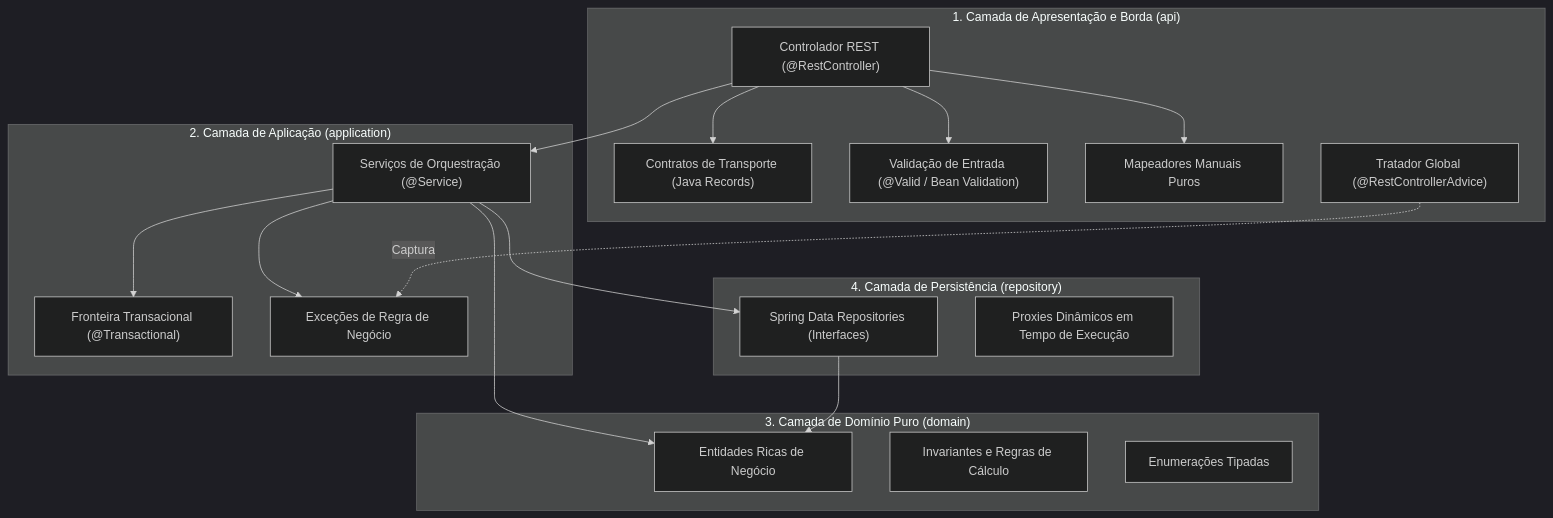
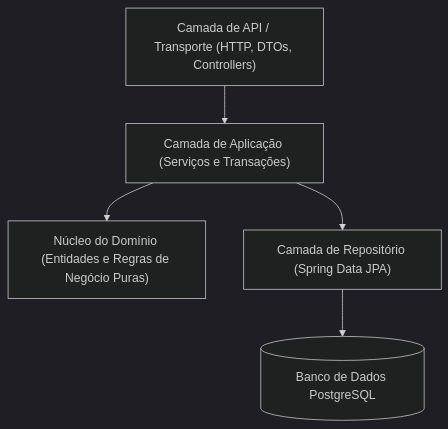
Diagram 14 of 31 in 4º Semestre/[Prof. Jefferson Passerini] Laboratório de Programação IV/Resumos-IA/Caderno-Consolidado.md (murilolol/unifef), drawn with Mermaid (dark theme) before and after one commit. The commit also changed other lines of this file and 58 other files, not shown here.

````diff
--- a/4º Semestre/[Prof. Jefferson Passerini] Laboratório de Programação IV/Resumos-IA/Caderno-Consolidado.md
+++ b/4º Semestre/[Prof. Jefferson Passerini] Laboratório de Programação IV/Resumos-IA/Caderno-Consolidado.md
@@ -319,38 +800,7 @@
 ```mermaid
 flowchart TD
-  subgraph CamadaWeb["1. Camada de Apresentação e Borda (api)"]
-    Ctrl["Controlador REST (@RestController)"]
-    DTO["Contratos de Transporte (Java Records)"]
-    Val["Validação de Entrada (@Valid / Bean Validation)"]
-    Map["Mapeadores Manuais Puros"]
-    Adv["Tratador Global (@RestControllerAdvice)"]
-  end
-
-  subgraph CamadaAplicacao["2. Camada de Aplicação (application)"]
-    Serv["Serviços de Orquestração (@Service)"]
-    Tx["Fronteira Transacional (@Transactional)"]
-    Exc["Exceções de Regra de Negócio"]
-  end
-
-  subgraph CamadaDominio["3. Camada de Domínio Puro (domain)"]
-    Ent["Entidades Ricas de Negócio"]
-    Invar["Invariantes e Regras de Cálculo"]
-    Enum["Enumerações Tipadas"]
-  end
-
-  subgraph CamadaPersistencia["4. Camada de Persistência (repository)"]
-    Repo["Spring Data Repositories (Interfaces)"]
-    Proxy["Proxies Dinâmicos em Tempo de Execução"]
-  end
-
-  Ctrl --> DTO
-  Ctrl --> Val
-  Ctrl --> Map
-  Ctrl --> Serv
-  Serv --> Tx
-  Serv --> Repo
-  Serv --> Ent
-  Serv --> Exc
-  Adv -. Captura .-> Exc
-  Repo --> Ent
+    API["Camada de API / Transporte (HTTP, DTOs, Controllers)"] --> APP["Camada de Aplicação (Serviços e Transações)"]
+    APP --> DOM["Núcleo do Domínio (Entidades e Regras de Negócio Puras)"]
+    APP --> REP["Camada de Repositório (Spring Data JPA)"]
+    REP --> BD[("Banco de Dados PostgreSQL")]
 ```
````
